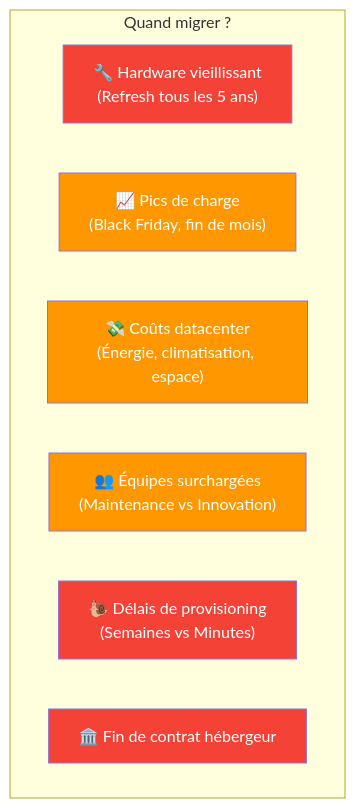
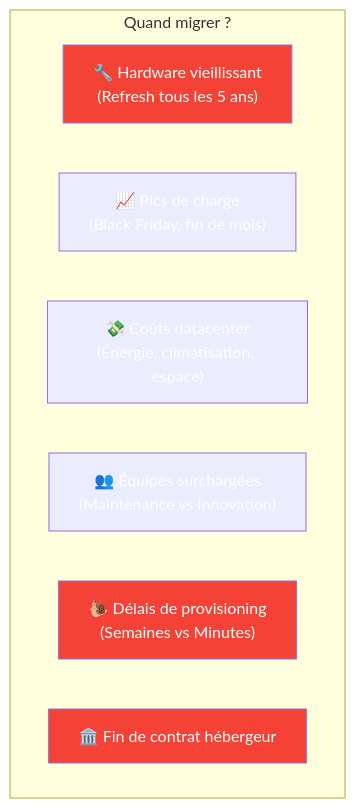
The second of 15 diagrams in docs/formations/cloud-fundamentals/11-module.md (VBlackJack/ShellBook), drawn with Mermaid before and after one commit. The commit also changed other lines of this file and 337 other files, not shown here.

First line of the commit message:
refactor(docs): Standardize code blocks and Mermaid colors

````diff
--- a/docs/formations/cloud-fundamentals/11-module.md
+++ b/docs/formations/cloud-fundamentals/11-module.md
@@ -54,18 +54,18 @@
 ```mermaid
 graph TB
     subgraph "Quand migrer ?"
         S1["🔧 Hardware vieillissant<br/>(Refresh tous les 5 ans)"]
         S2["📈 Pics de charge<br/>(Black Friday, fin de mois)"]
         S3["💸 Coûts datacenter<br/>(Énergie, climatisation, espace)"]
         S4["👥 Équipes surchargées<br/>(Maintenance vs Innovation)"]
         S5["🐌 Délais de provisioning<br/>(Semaines vs Minutes)"]
         S6["🏛️ Fin de contrat hébergeur"]
     end
 
     style S1 fill:#f44336,color:#fff
-    style S2 fill:#ff9800,color:#fff
-    style S3 fill:#ff9800,color:#fff
-    style S4 fill:#ff9800,color:#fff
+    style S2 fill:#FF9800800800,color:#fff
+    style S3 fill:#FF9800800800,color:#fff
+    style S4 fill:#FF9800800800,color:#fff
     style S5 fill:#f44336,color:#fff
     style S6 fill:#f44336,color:#fff
 ```
````
